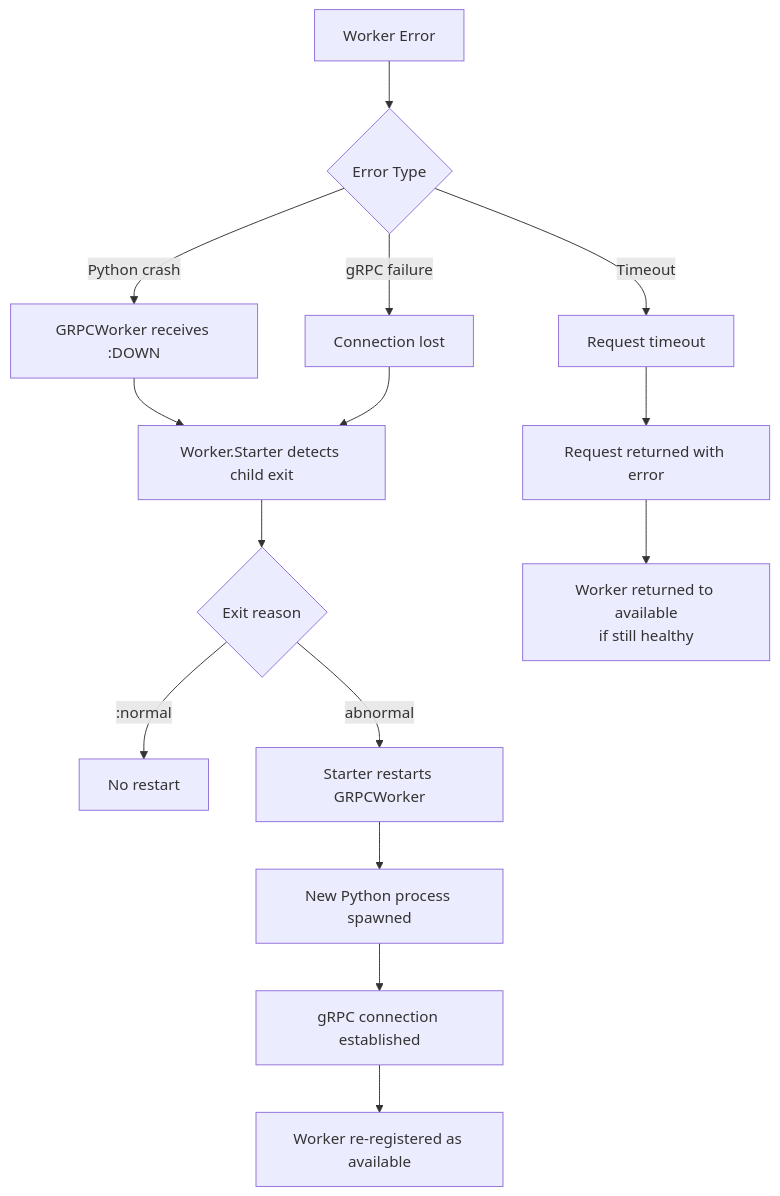
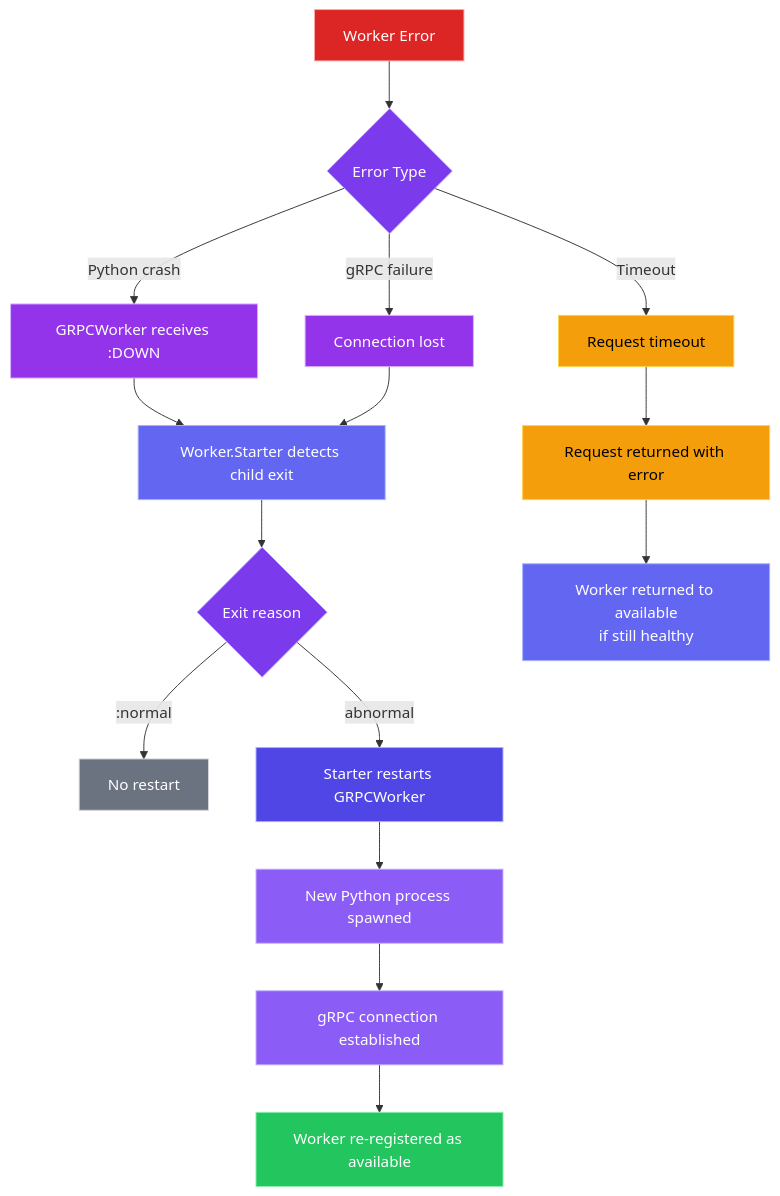
Diagram 11 of 12 in DIAGRAMS.md (nshkrdotcom/snakepit), drawn with Mermaid before and after one commit. The commit also changed other lines of this file and 8 other files, not shown here.

First line of the commit message:
docs: add machine learning protocols and implementation roadmap

````diff
--- a/DIAGRAMS.md
+++ b/DIAGRAMS.md
@@ -328,24 +402,39 @@
 ```mermaid
 flowchart TD
     E[Worker Error]
 
     E --> T{Error Type}
 
     T -->|Python crash| A[GRPCWorker receives :DOWN]
     T -->|gRPC failure| B[Connection lost]
     T -->|Timeout| C[Request timeout]
 
     A --> D[Worker.Starter detects child exit]
     B --> D
 
     D --> F{Exit reason}
     F -->|:normal| G[No restart]
     F -->|abnormal| H[Starter restarts GRPCWorker]
 
     H --> I[New Python process spawned]
     I --> J[gRPC connection established]
     J --> K[Worker re-registered as available]
 
     C --> L[Request returned with error]
     L --> M[Worker returned to available<br/>if still healthy]
+
+    style E fill:#dc2626,stroke:#fca5a5,color:#fff
+    style T fill:#7c3aed,stroke:#c4b5fd,color:#fff
+    style A fill:#9333ea,stroke:#d8b4fe,color:#fff
+    style B fill:#9333ea,stroke:#d8b4fe,color:#fff
+    style C fill:#f59e0b,stroke:#fcd34d,color:#000
+    style D fill:#6366f1,stroke:#a5b4fc,color:#fff
+    style F fill:#7c3aed,stroke:#c4b5fd,color:#fff
+    style G fill:#6b7280,stroke:#d1d5db,color:#fff
+    style H fill:#4f46e5,stroke:#a5b4fc,color:#fff
+    style I fill:#8b5cf6,stroke:#c4b5fd,color:#fff
+    style J fill:#8b5cf6,stroke:#c4b5fd,color:#fff
+    style K fill:#22c55e,stroke:#86efac,color:#fff
+    style L fill:#f59e0b,stroke:#fcd34d,color:#000
+    style M fill:#6366f1,stroke:#a5b4fc,color:#fff
 ```
````
